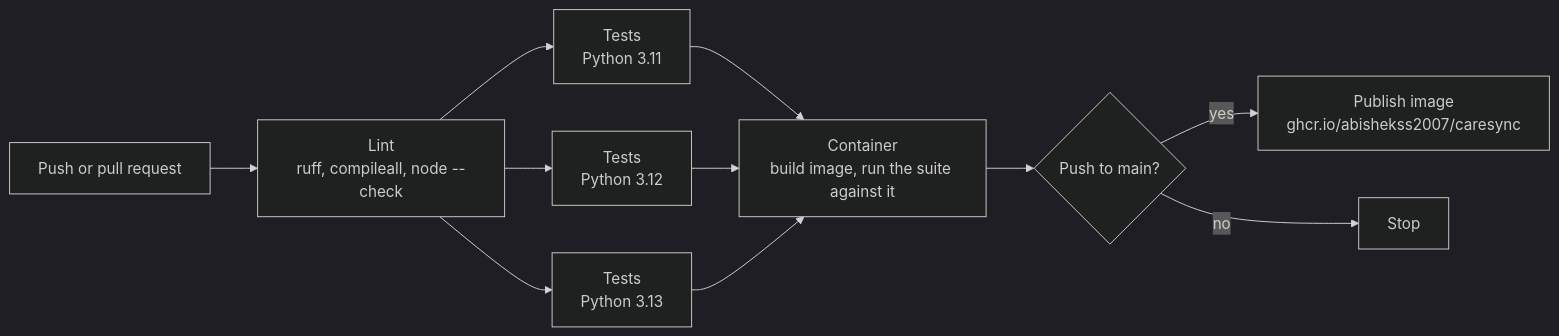
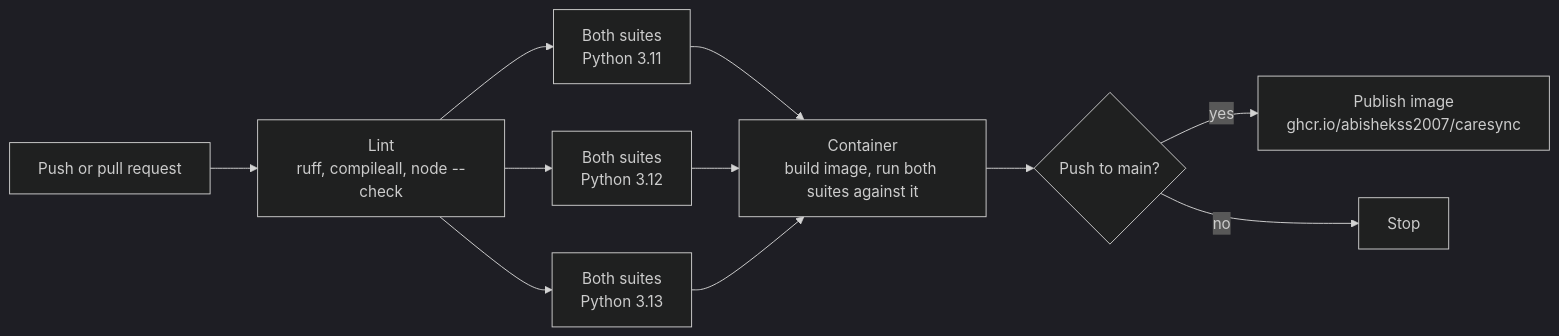
Diagram 13 of 13 in README.md (abishekss2007/CareSync), drawn with Mermaid (dark theme) before and after one commit. The commit also changed other lines of this file and 1 other file, not shown here.

Commit message:
Document emergency, equipment and deployment; run both test suites in CI

````diff
--- a/README.md
+++ b/README.md
@@ -337,13 +518,13 @@
 ```mermaid
 flowchart LR
     PUSH["Push or pull request"] --> LINT["Lint<br/>ruff, compileall, node --check"]
-    LINT --> T11["Tests<br/>Python 3.11"]
-    LINT --> T12["Tests<br/>Python 3.12"]
-    LINT --> T13["Tests<br/>Python 3.13"]
-    T11 --> IMG["Container<br/>build image, run the suite against it"]
+    LINT --> T11["Both suites<br/>Python 3.11"]
+    LINT --> T12["Both suites<br/>Python 3.12"]
+    LINT --> T13["Both suites<br/>Python 3.13"]
+    T11 --> IMG["Container<br/>build image, run both suites against it"]
     T12 --> IMG
     T13 --> IMG
     IMG --> PUB{"Push to main?"}
     PUB -- yes --> GHCR["Publish image<br/>ghcr.io/abishekss2007/caresync"]
     PUB -- no --> DONE["Stop"]
 ```
````
